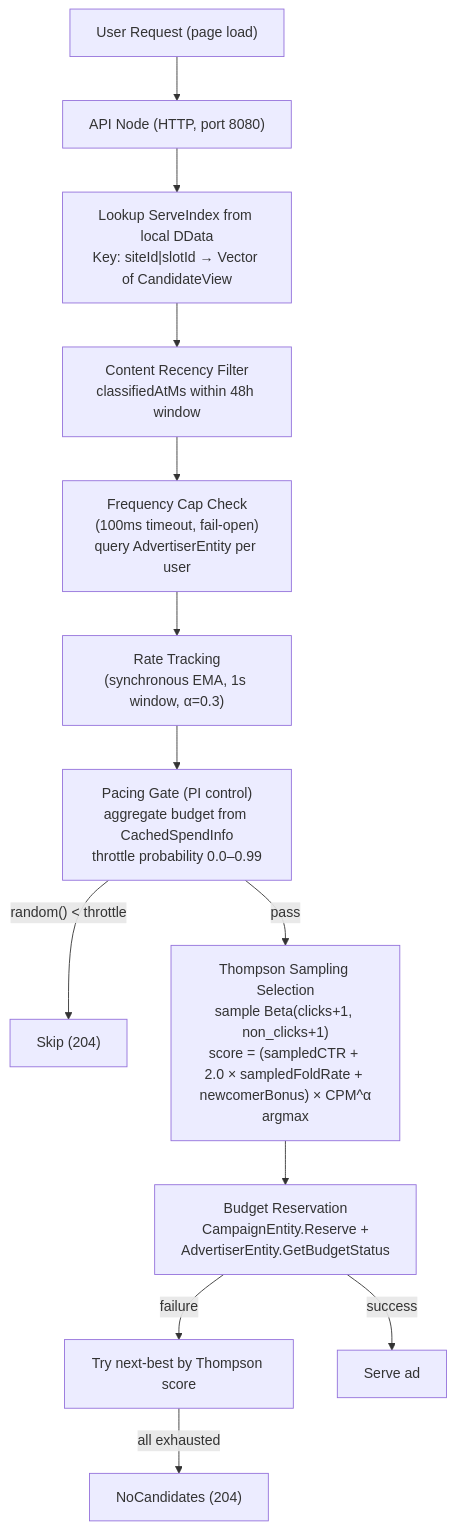
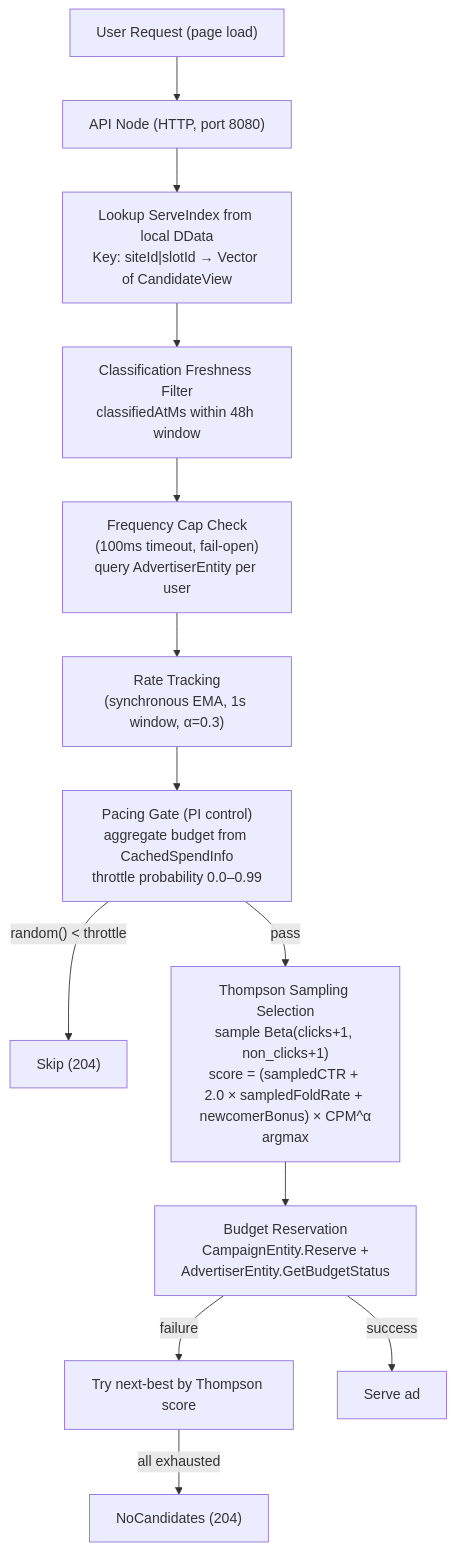
One commit to promovolve/promovolve-book changed the second of 2 diagrams in src/architecture/data-flow.md. Above: the diagram before and after it, drawn with Mermaid. The commit also changed other lines of this file and 13 other files, not shown here.

First line of the commit message:
rename: content-recency window → classification-freshness window

````diff
--- a/src/architecture/data-flow.md
+++ b/src/architecture/data-flow.md
@@ -32,15 +32,15 @@
 ```mermaid
 graph TD
     User["User Request (page load)"] --> API["API Node (HTTP, port 8080)"]
     API --> Lookup["Lookup ServeIndex from local DData<br/>Key: siteId|slotId → Vector of CandidateView"]
-    Lookup --> Recency["Content Recency Filter<br/>classifiedAtMs within 48h window"]
+    Lookup --> Recency["Classification Freshness Filter<br/>classifiedAtMs within 48h window"]
     Recency --> FreqCap["Frequency Cap Check<br/>(100ms timeout, fail-open)<br/>query AdvertiserEntity per user"]
     FreqCap --> Rate["Rate Tracking<br/>(synchronous EMA, 1s window, α=0.3)"]
     Rate --> Pacing["Pacing Gate (PI control)<br/>aggregate budget from CachedSpendInfo<br/>throttle probability 0.0–0.99"]
     Pacing -->|"random() < throttle"| Skip["Skip (204)"]
     Pacing -->|pass| TS["Thompson Sampling Selection<br/>sample Beta(clicks+1, non_clicks+1)<br/>score = (sampledCTR + 2.0 × sampledFoldRate + newcomerBonus) × CPM^α<br/>argmax"]
     TS --> Budget["Budget Reservation<br/>CampaignEntity.Reserve +<br/>AdvertiserEntity.GetBudgetStatus"]
     Budget -->|failure| Next["Try next-best by Thompson score"]
     Budget -->|success| Serve["Serve ad"]
     Next -->|all exhausted| NoCandidates["NoCandidates (204)"]
 ```
````
